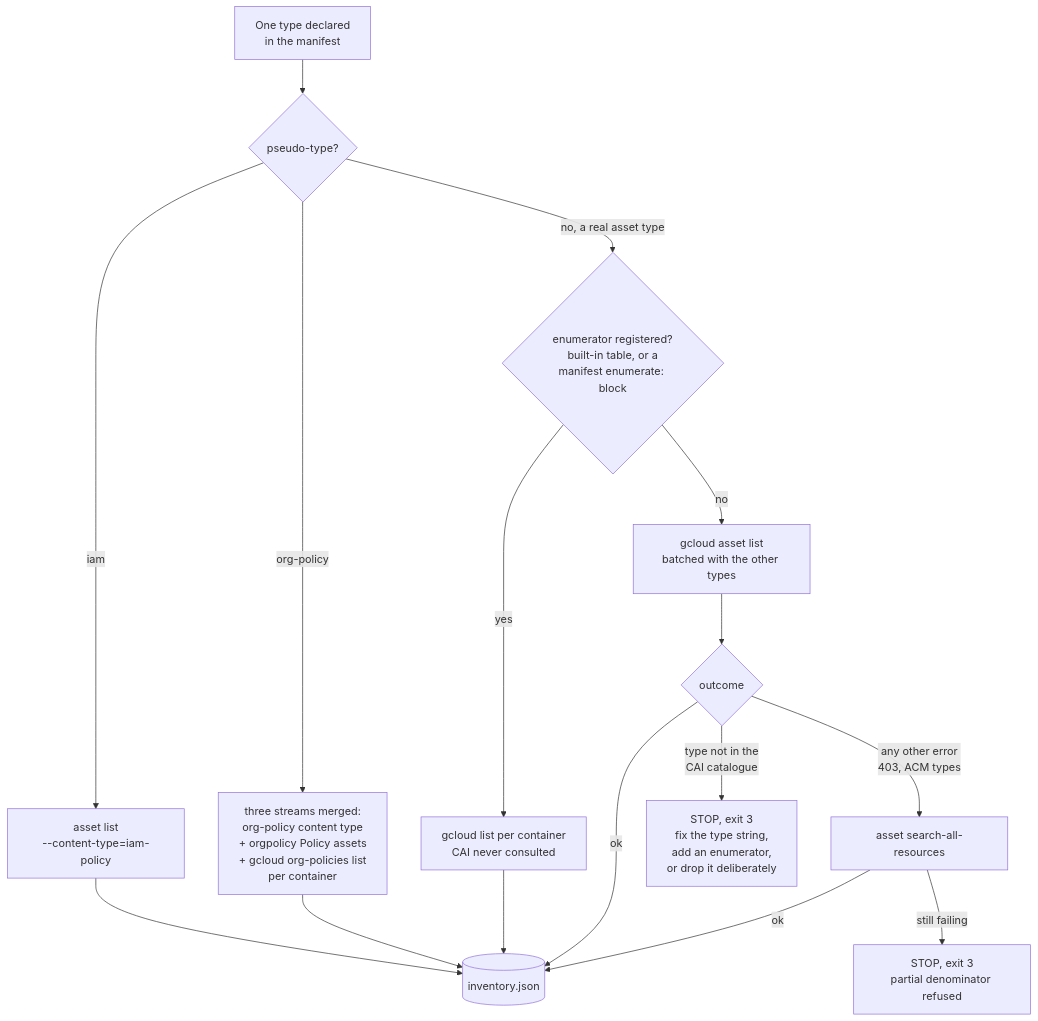
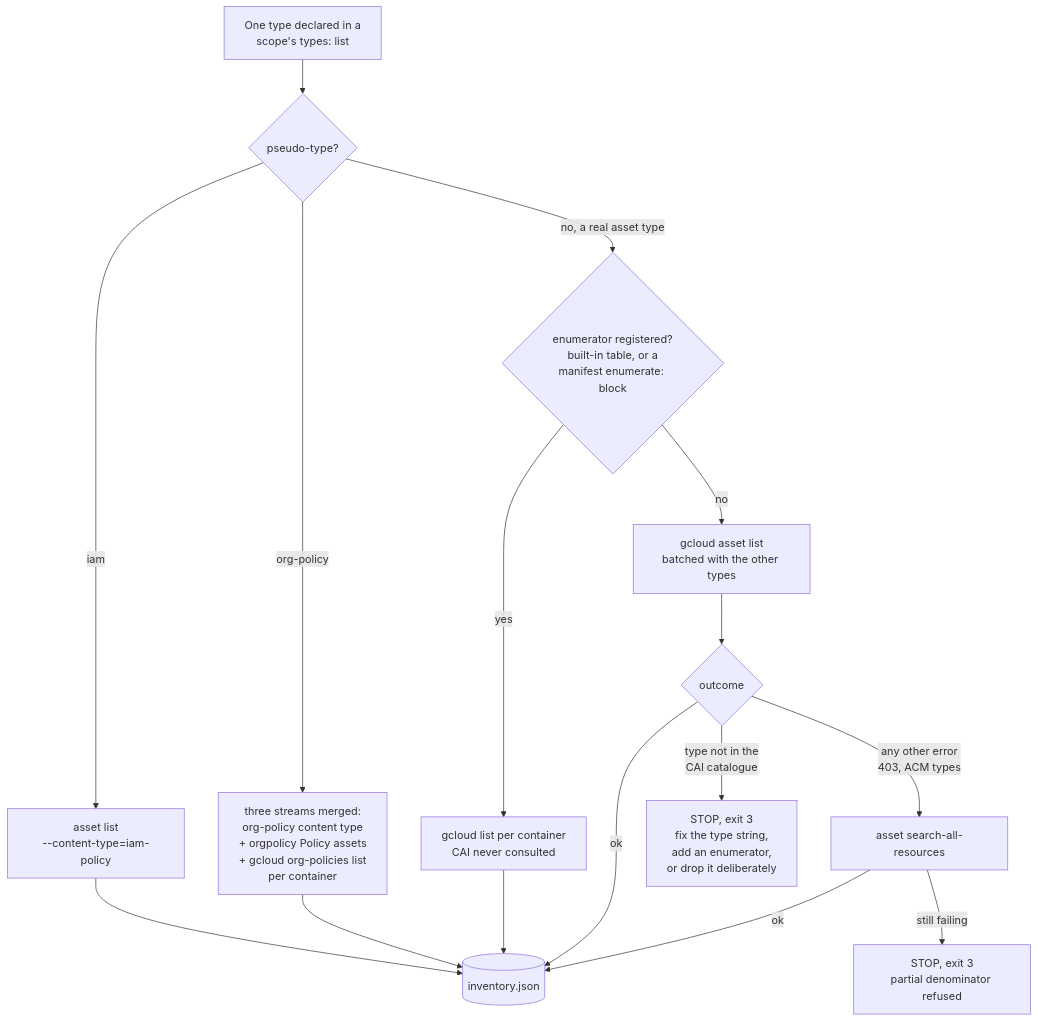
One commit to GoogleCloudPlatform/cloud-foundation-fabric changed the second of 3 diagrams in skills/fabric-importer/README.md. Above: the diagram before and after it, drawn with Mermaid. The commit also changed other lines of this file and 15 other files, not shown here.

````diff
--- a/skills/fabric-importer/README.md
+++ b/skills/fabric-importer/README.md
@@ -161,18 +214,18 @@
 ```mermaid
 flowchart TD
-    T["One type declared<br/>in the manifest"] --> Q1{"pseudo-type?"}
+    T["One type declared in a<br/>scope's types: list"] --> Q1{"pseudo-type?"}
     Q1 -- "iam" --> S1["asset list<br/>--content-type=iam-policy"]
     Q1 -- "org-policy" --> S2["three streams merged:<br/>org-policy content type<br/>+ orgpolicy Policy assets<br/>+ gcloud org-policies list<br/>per container"]
     Q1 -- "no, a real asset type" --> Q2{"enumerator registered?<br/>built-in table, or a<br/>manifest enumerate: block"}
     Q2 -- "yes" --> S3["gcloud list per container<br/>CAI never consulted"]
     Q2 -- "no" --> S4["gcloud asset list<br/>batched with the other types"]
     S4 --> Q3{"outcome"}
     Q3 -- "ok" --> OUT
     Q3 -- "type not in the<br/>CAI catalogue" --> STOP["STOP, exit 3<br/>fix the type string,<br/>add an enumerator,<br/>or drop it deliberately"]
     Q3 -- "any other error<br/>403, ACM types" --> S5["asset search-all-resources"]
     S5 -- "ok" --> OUT
     S5 -- "still failing" --> STOP2["STOP, exit 3<br/>partial denominator refused"]
     S1 --> OUT[("inventory.json")]
     S2 --> OUT
     S3 --> OUT
 ```
````
